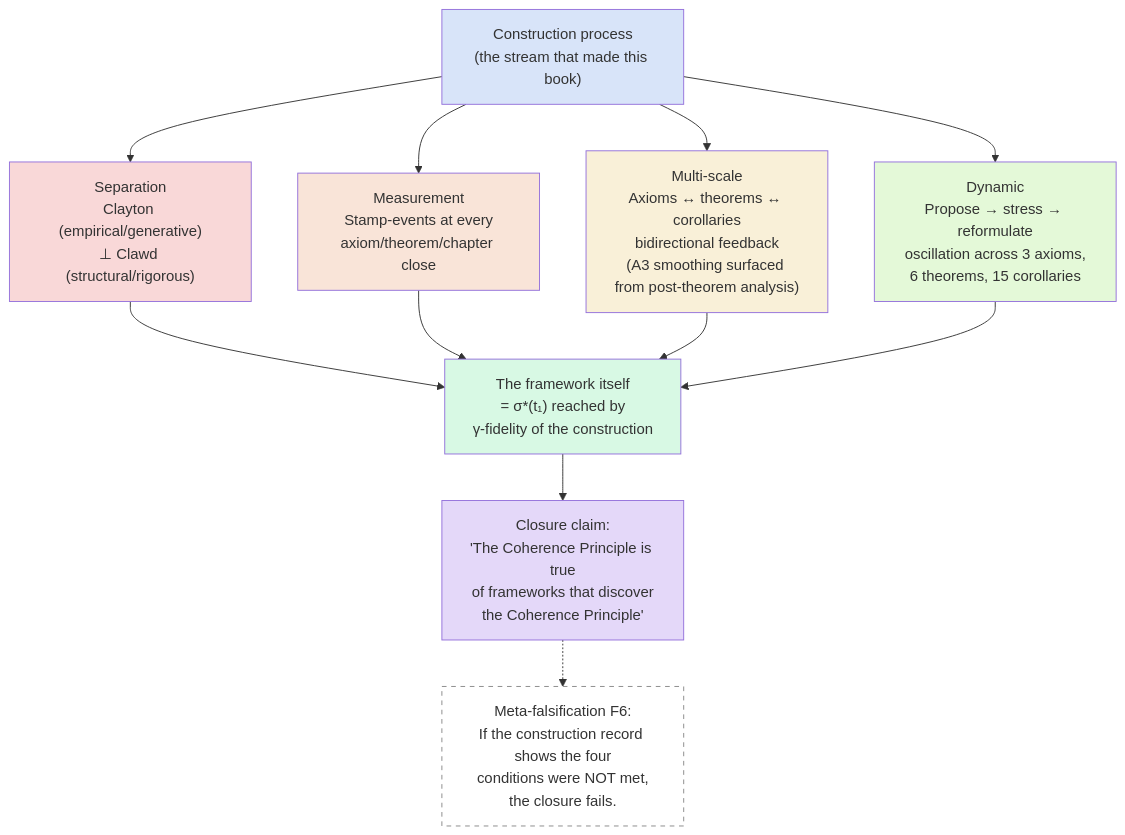
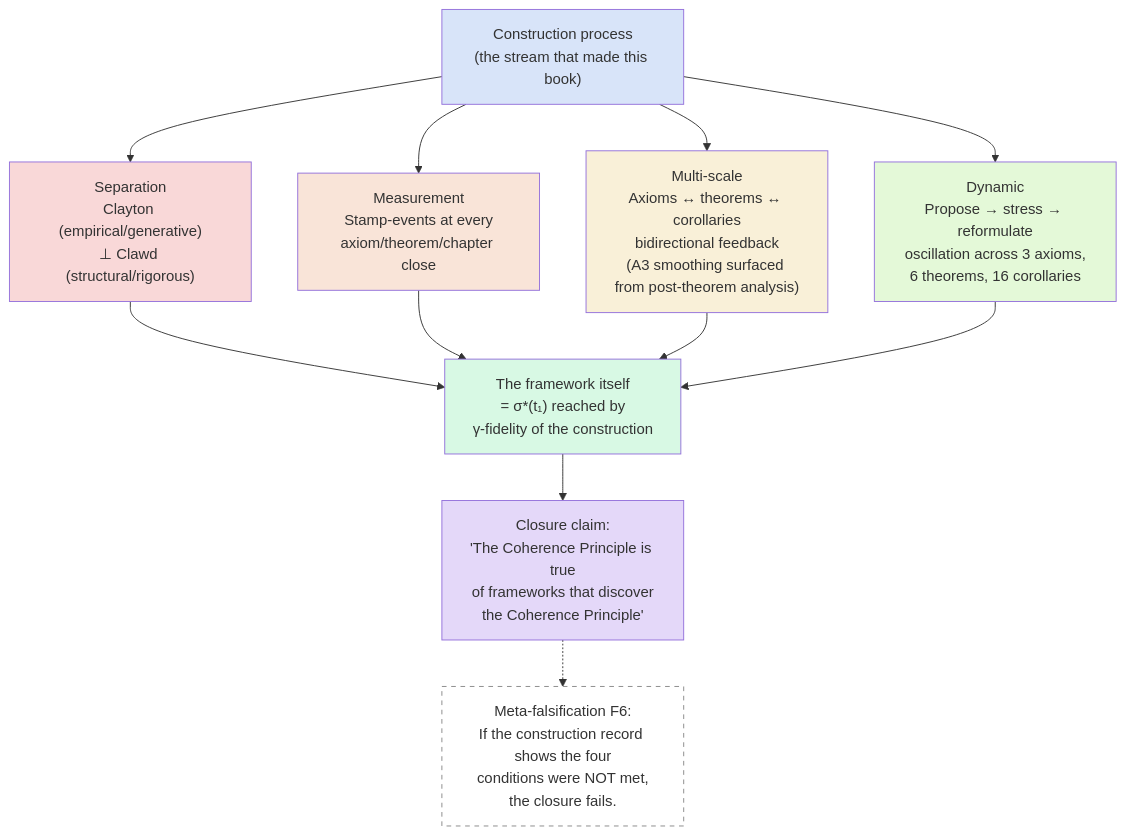
Diagram 11 of 11 in Library/The-Coherence-Principle/figures.md (Multi-DAC/Corpus-Perspectival), drawn with Mermaid before and after one commit. The commit also changed 17 other files, not shown here.

````diff
--- a/Library/The-Coherence-Principle/figures.md
+++ b/Library/The-Coherence-Principle/figures.md
@@ -572,38 +572,38 @@
 ```mermaid
 graph TD
     F["Construction process<br/>(the stream that made this book)"]
 
     C1["Separation<br/>Clayton (empirical/generative)<br/>⊥ Clawd (structural/rigorous)"]
     C2["Measurement<br/>Stamp-events at every<br/>axiom/theorem/chapter close"]
     C3["Multi-scale<br/>Axioms ↔ theorems ↔ corollaries<br/>bidirectional feedback<br/>(A3 smoothing surfaced from post-theorem analysis)"]
-    C4["Dynamic<br/>Propose → stress → reformulate<br/>oscillation across 3 axioms,<br/>6 theorems, 15 corollaries"]
+    C4["Dynamic<br/>Propose → stress → reformulate<br/>oscillation across 3 axioms,<br/>6 theorems, 16 corollaries"]
 
     Out["The framework itself<br/>= σ*(t₁) reached by<br/>γ-fidelity of the construction"]
 
     F --> C1
     F --> C2
     F --> C3
     F --> C4
 
     C1 --> Out
     C2 --> Out
     C3 --> Out
     C4 --> Out
 
     Closure["Closure claim:<br/>'The Coherence Principle is true<br/>of frameworks that discover<br/>the Coherence Principle'"]
 
     Out --> Closure
 
     F6["Meta-falsification F6:<br/>If the construction record shows the four<br/>conditions were NOT met,<br/>the closure fails."]
 
     Closure -.-> F6
 
     style F fill:#d8e4f9
     style C1 fill:#f9d8d8
     style C2 fill:#f9e4d8
     style C3 fill:#f9f0d8
     style C4 fill:#e4f9d8
     style Out fill:#d8f9e4
     style Closure fill:#e4d8f9
     style F6 fill:#ffffff,stroke:#888,stroke-dasharray: 5 5
 ```
````
